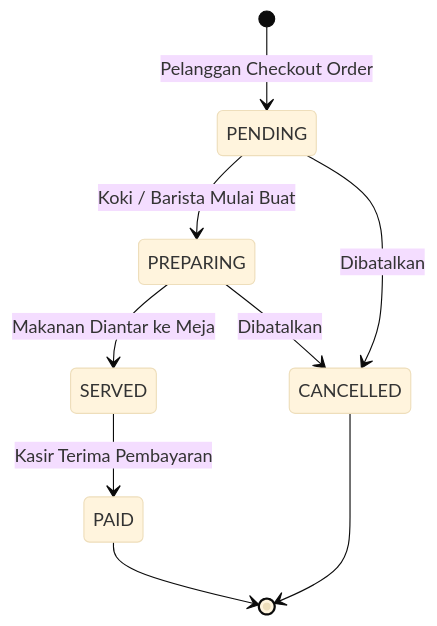
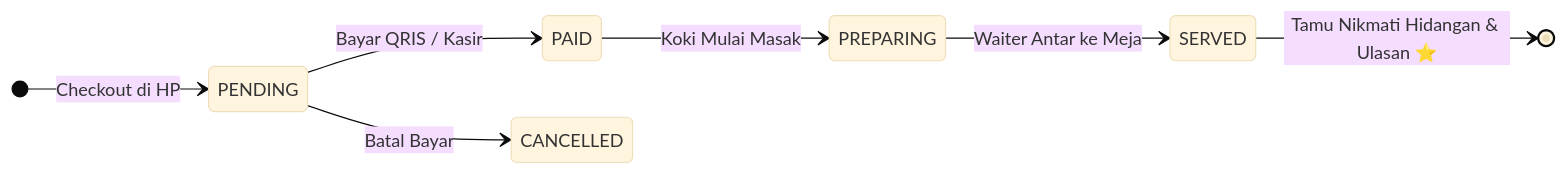
One commit to dwigunardi/be-menu-scan-latihan changed the third of 4 diagrams in docs/integration/frontend-integration-guide.md. Above: the diagram before and after it, drawn with Mermaid (base theme). The commit also changed other lines of this file and 2 other files, not shown here.

Commit message:
docs: add master cafe operational activity flow and pre-paid frontend integration guide

````diff
--- a/docs/integration/frontend-integration-guide.md
+++ b/docs/integration/frontend-integration-guide.md
@@ -425,11 +272,10 @@
 ```mermaid
 stateDiagram-v2
-    [*] --> PENDING : Pelanggan Checkout Order
-    PENDING --> PREPARING : Koki / Barista Mulai Buat
-    PREPARING --> SERVED : Makanan Diantar ke Meja
-    SERVED --> PAID : Kasir Terima Pembayaran
-    PENDING --> CANCELLED : Dibatalkan
-    PREPARING --> CANCELLED : Dibatalkan
-    PAID --> [*]
-    CANCELLED --> [*]
+    direction LR
+    [*] --> PENDING : Checkout di HP
+    PENDING --> PAID : Bayar QRIS / Kasir
+    PAID --> PREPARING : Koki Mulai Masak
+    PREPARING --> SERVED : Waiter Antar ke Meja
+    SERVED --> [*] : Tamu Nikmati Hidangan & Ulasan ⭐
+    PENDING --> CANCELLED : Batal Bayar
 ```
````
